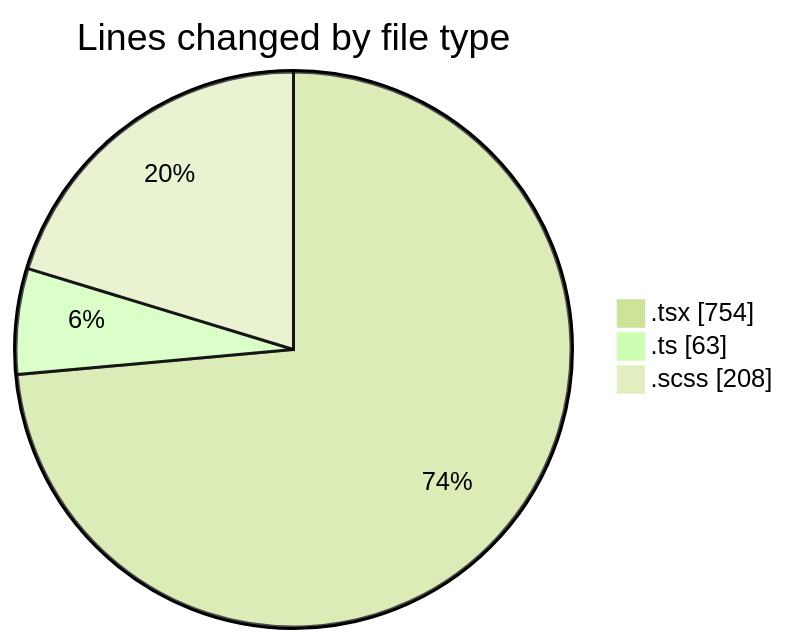
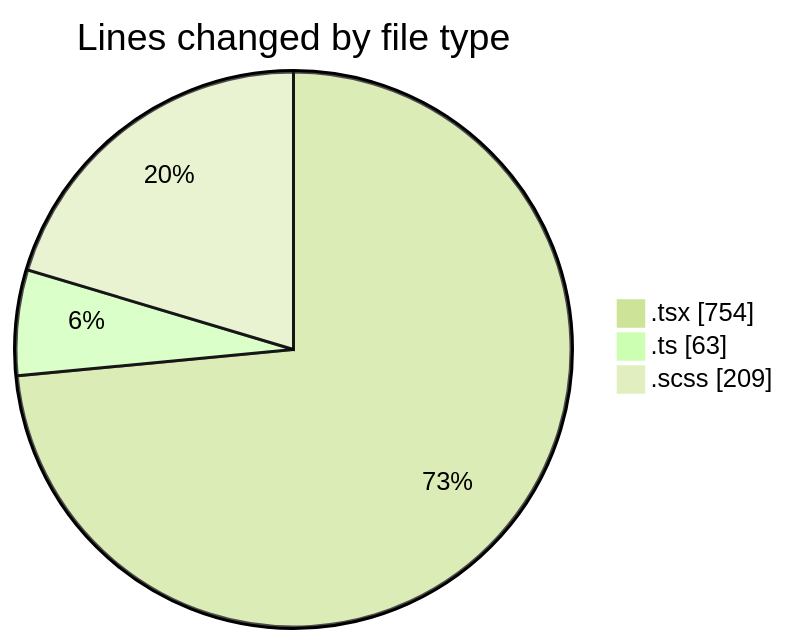
Before and after one commit to momahboobian/code-tracking: the first of 2 diagrams in 2025-04-02/cda/README.md, drawn with Mermaid (forest theme). The commit also changed other lines of this file and 1 other file, not shown here.

````diff
--- a/2025-04-02/cda/README.md
+++ b/2025-04-02/cda/README.md
@@ -25,7 +25,7 @@
 ```mermaid
 pie showData
 title Lines changed by file type
 ".tsx" : 754
 ".ts" : 63
-".scss" : 208
+".scss" : 209
 ```
````
